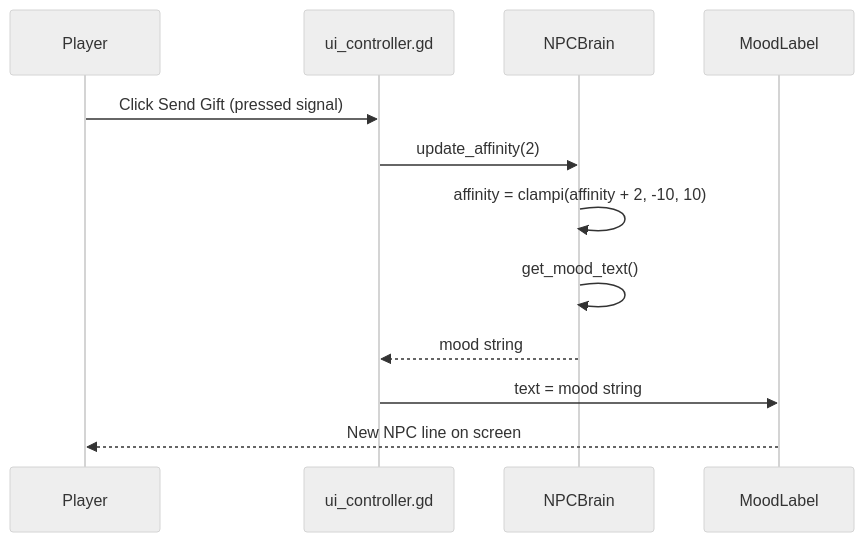
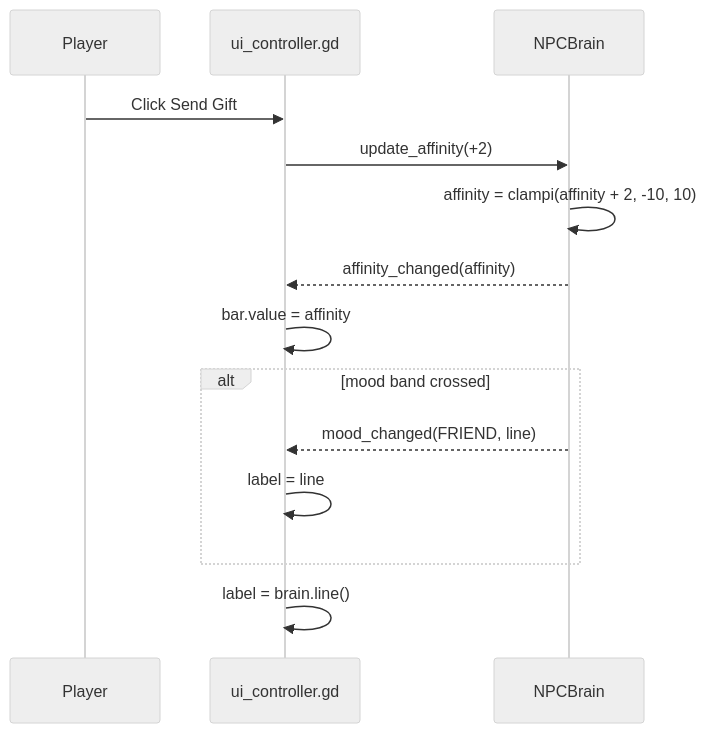
One commit to JoshuaOmosa/NeuroDialogue changed the third of 5 diagrams in README.md. Above: the diagram before and after it, drawn with Mermaid (neutral theme). The commit also changed other lines of this file and 4 other files, not shown here.

First line of the commit message:
feat: explicit Mood state machine with signals, affinity bar, reset

````diff
--- a/README.md
+++ b/README.md
@@ -99,14 +91,16 @@
 ```mermaid
 sequenceDiagram
     participant P as Player
     participant U as ui_controller.gd
     participant B as NPCBrain
-    participant L as MoodLabel
-    P->>U: Click Send Gift (pressed signal)
-    U->>B: update_affinity(2)
+    P->>U: Click Send Gift
+    U->>B: update_affinity(+2)
     B->>B: affinity = clampi(affinity + 2, -10, 10)
-    B->>B: get_mood_text()
-    B-->>U: mood string
-    U->>L: text = mood string
-    L-->>P: New NPC line on screen
+    B-->>U: affinity_changed(affinity)
+    U->>U: bar.value = affinity
+    alt mood band crossed
+        B-->>U: mood_changed(FRIEND, line)
+        U->>U: label = line
+    end
+    U->>U: label = brain.line()
 ```
````
